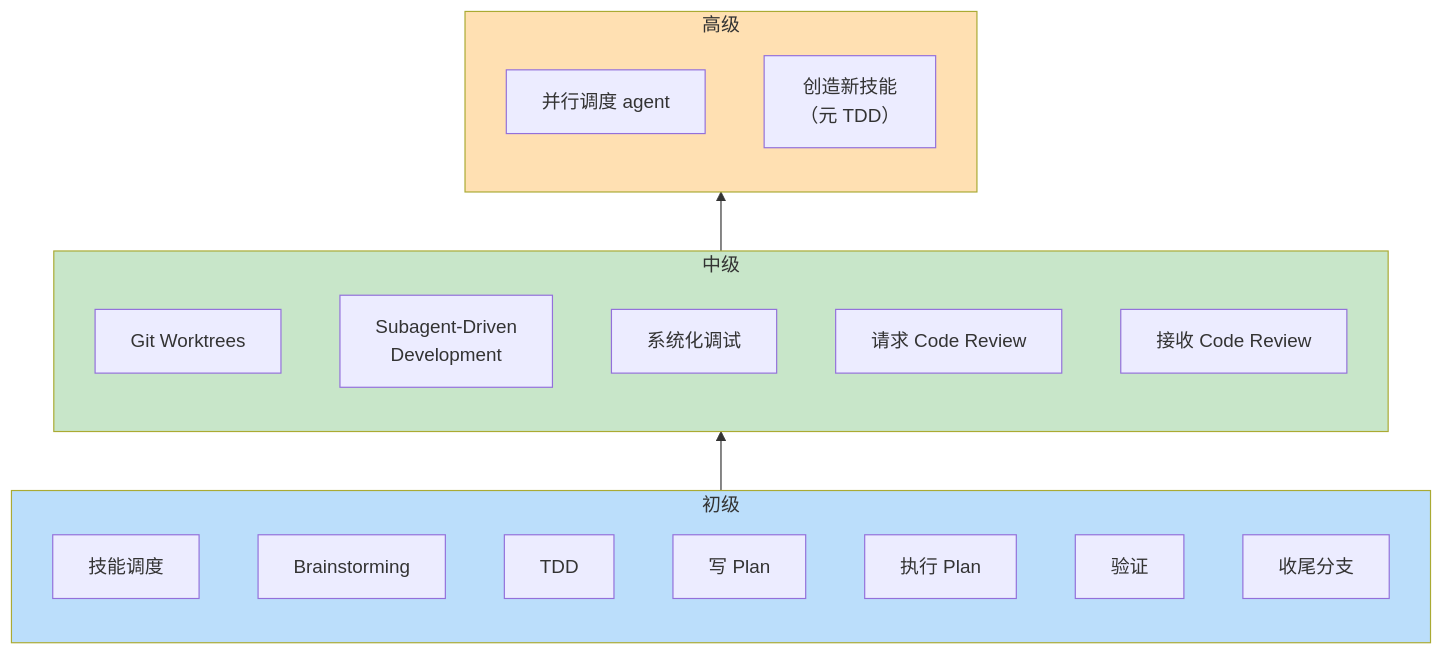
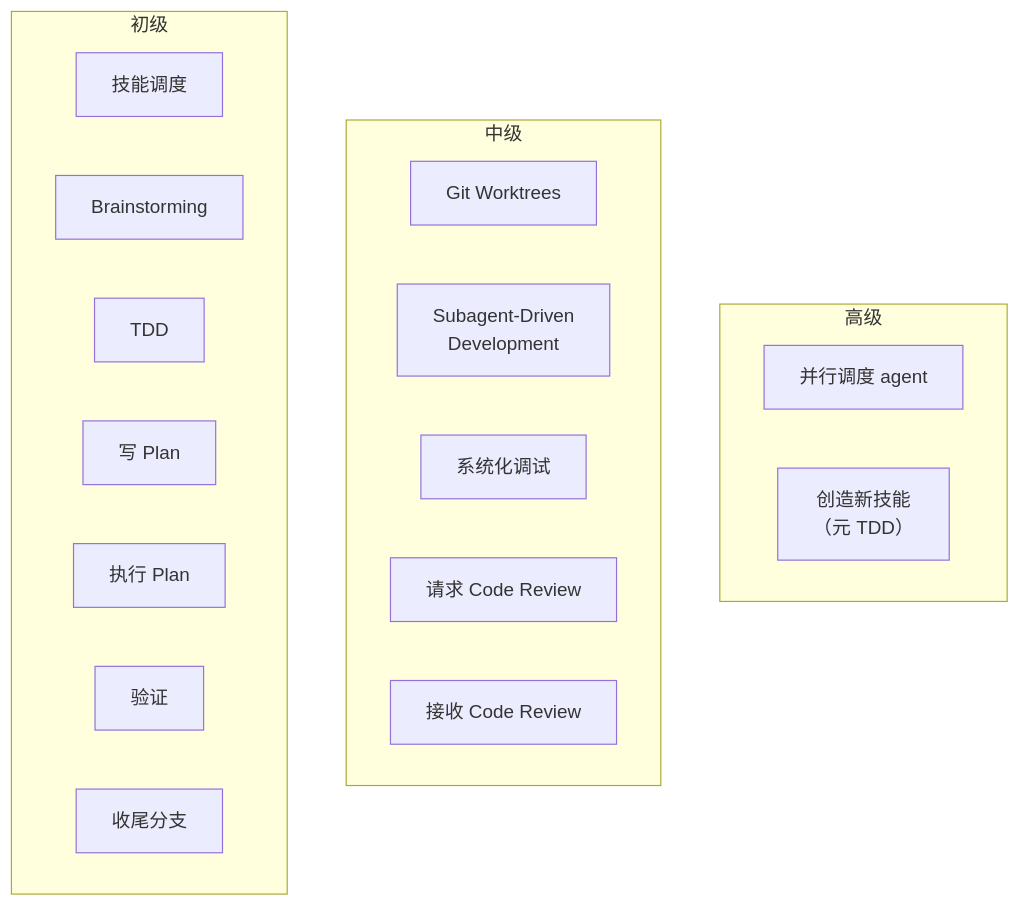
One commit to ethan-jiang-3/superpowers changed the second of 5 diagrams in _digest/00-学习路径/README.md. Above: the diagram before and after it, drawn with Mermaid. The commit also changed other lines of this file and 1 other file, not shown here.

Commit message:
fix mermaid diagrams: replace <br/> with <br>, use bracket subgraph syntax

````diff
--- a/_digest/00-学习路径/README.md
+++ b/_digest/00-学习路径/README.md
@@ -48,31 +47,25 @@
 ```mermaid
-graph BT
+graph TB
     subgraph 高级
         A2["并行调度 agent"]
-        A1["创造新技能<br/>（元 TDD）"]
+        A1["创造新技能<br>（元 TDD）"]
     end
 
     subgraph 中级
         B1["Git Worktrees"]
-        B2["Subagent-Driven<br/>Development"]
+        B2["Subagent-Driven<br>Development"]
         B3["系统化调试"]
         B4["请求 Code Review"]
         B5["接收 Code Review"]
     end
 
     subgraph 初级
         C1["技能调度"]
         C2["Brainstorming"]
         C3["TDD"]
         C4["写 Plan"]
         C5["执行 Plan"]
         C6["验证"]
         C7["收尾分支"]
     end
-
-    初级 --> 中级 --> 高级
-
-    style 初级 fill:#bbdefb
-    style 中级 fill:#c8e6c9
-    style 高级 fill:#ffe0b2
 ```
````
